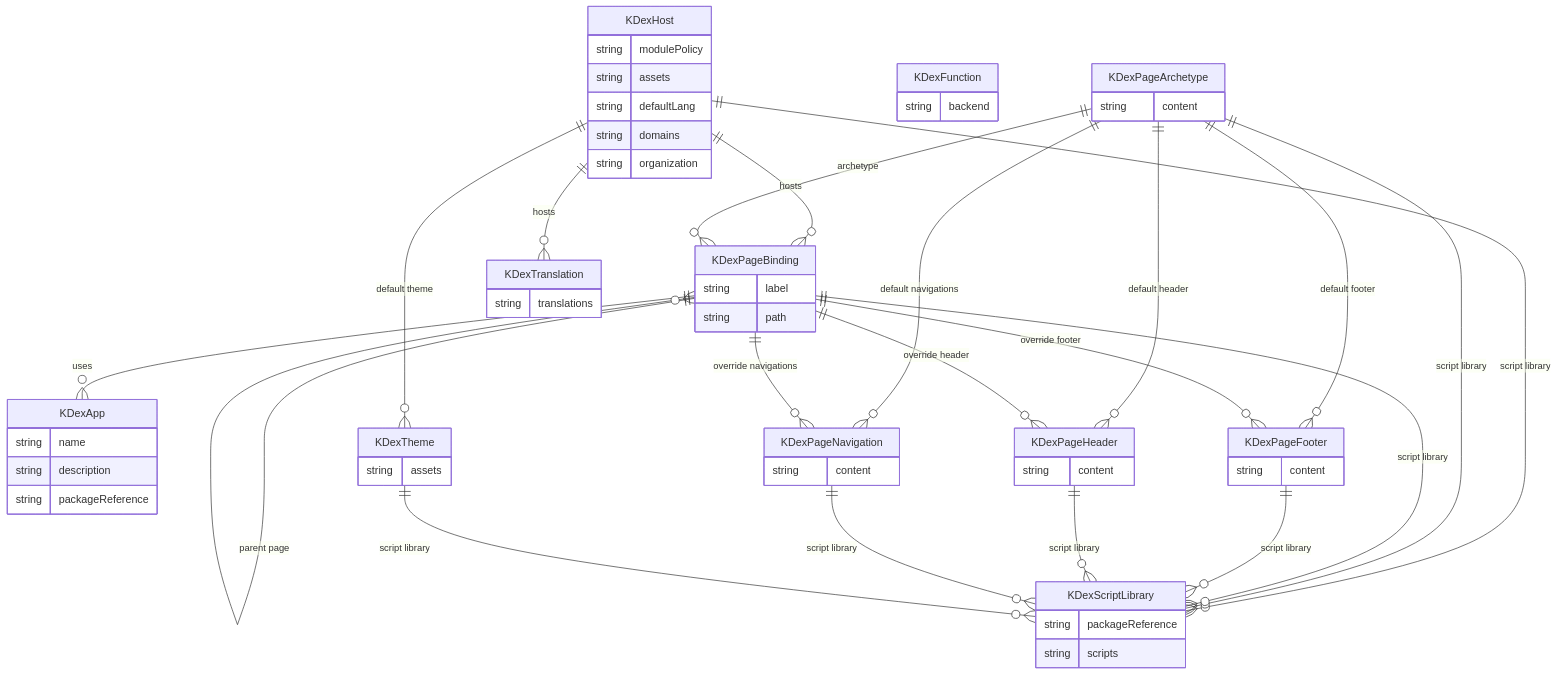
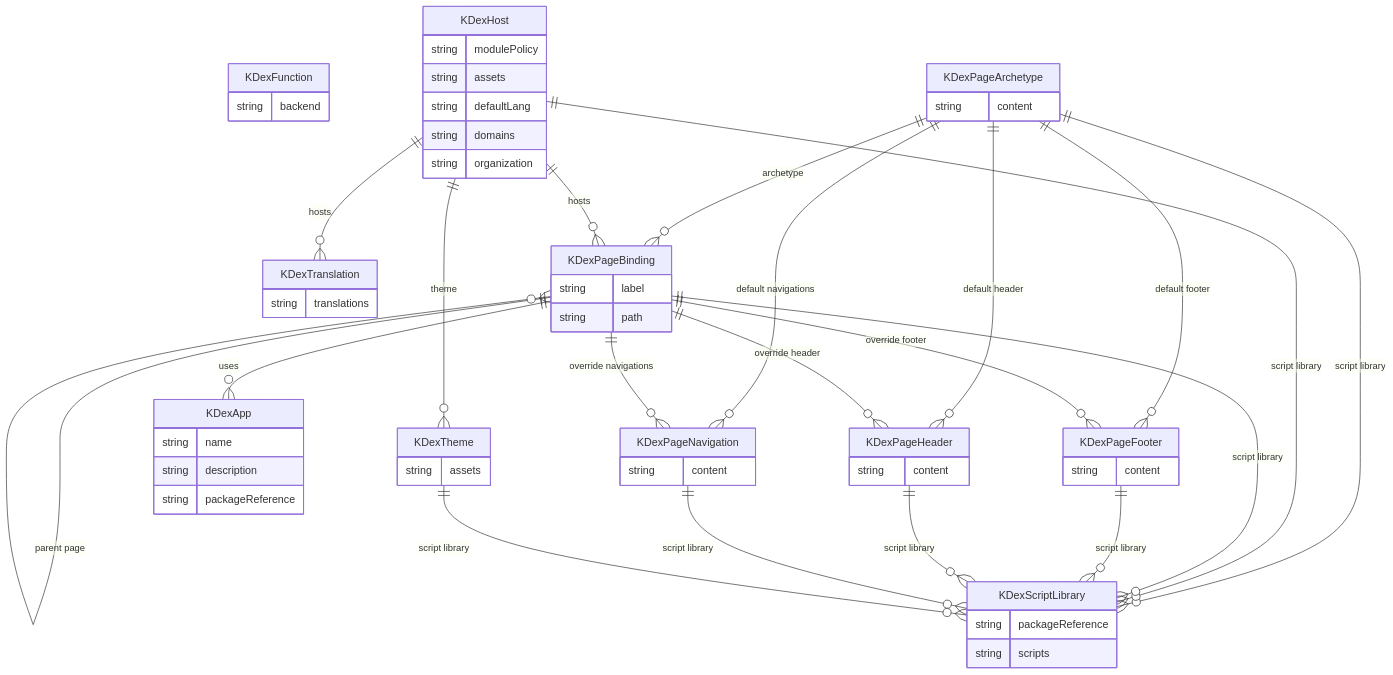
The diagram in CRD_RELATIONSHIPS.md (kdex-tech/kdex-crds), drawn with Mermaid before and after one commit.

Commit message:
reflow the diagram

````diff
--- a/CRD_RELATIONSHIPS.md
+++ b/CRD_RELATIONSHIPS.md
@@ -5,74 +5,82 @@
 ```mermaid
 erDiagram
-    KDexApp {
-        string name
-        string description
-        string packageReference
+    KDexFunction {
+        string backend
     }
 
-    KDexHost ||--o{ KDexPageBinding : "hosts"
-    KDexHost ||--o{ KDexScriptLibrary : "script library"
-    KDexHost ||--o{ KDexTheme : "default theme"
-    KDexHost ||--o{ KDexTranslation : "hosts"
+    KDexTranslation {
+        string translations
+    }
+
     KDexHost {
         string modulePolicy
         string assets
         string defaultLang
         string domains
         string organization
     }
 
-
-    KDexFunction {
-        string backend
-    }
-
-    KDexPageArchetype ||--o{ KDexPageBinding : "archetype"
-    KDexPageArchetype ||--o{ KDexPageFooter : "default footer"
-    KDexPageArchetype ||--o{ KDexPageHeader : "default header"
-    KDexPageArchetype ||--o{ KDexPageNavigation : "default navigations"
-    KDexPageArchetype ||--o{ KDexScriptLibrary : "script library"
     KDexPageArchetype {
         string content
     }
 
-    KDexPageBinding ||--o{ KDexApp : "uses"
-    KDexPageBinding ||--o{ KDexPageBinding : "parent page"
-    KDexPageBinding ||--o{ KDexPageFooter : "override footer"
-    KDexPageBinding ||--o{ KDexPageHeader : "override header"
-    KDexPageBinding ||--o{ KDexPageNavigation : "override navigations"
-    KDexPageBinding ||--o{ KDexScriptLibrary : "script library"
     KDexPageBinding {
         string label
         string path
     }
 
-    KDexPageFooter ||--o{ KDexScriptLibrary : "script library"
+    KDexTheme {
+        string assets
+    }
+
     KDexPageFooter {
         string content
     }
 
-    KDexPageHeader ||--o{ KDexScriptLibrary : "script library"
+    KDexApp {
+        string name
+        string description
+        string packageReference
+    }
+
     KDexPageHeader {
         string content
     }
 
-    KDexPageNavigation ||--o{ KDexScriptLibrary : "script library"
     KDexPageNavigation {
         string content
     }
 
     KDexScriptLibrary {
         string packageReference
         string scripts
     }
 
+    KDexPageArchetype ||--o{ KDexPageBinding : "archetype"
+    KDexPageArchetype ||--o{ KDexPageFooter : "default footer"
+    KDexPageArchetype ||--o{ KDexPageHeader : "default header"
+    KDexPageArchetype ||--o{ KDexPageNavigation : "default navigations"
+    KDexPageArchetype ||--o{ KDexScriptLibrary : "script library"
+
+    KDexHost ||--o{ KDexPageBinding : "hosts"
+    KDexHost ||--o{ KDexScriptLibrary : "script library"
+    KDexHost ||--o{ KDexTheme : "theme"
+    KDexHost ||--o{ KDexTranslation : "hosts"
+
+
+    KDexPageBinding ||--o{ KDexApp : "uses"
+    KDexPageBinding ||--o{ KDexPageBinding : "parent page"
+    KDexPageBinding ||--o{ KDexPageFooter : "override footer"
+    KDexPageBinding ||--o{ KDexPageHeader : "override header"
+    KDexPageBinding ||--o{ KDexPageNavigation : "override navigations"
+    KDexPageBinding ||--o{ KDexScriptLibrary : "script library"
+
+    KDexPageFooter ||--o{ KDexScriptLibrary : "script library"
+
+    KDexPageHeader ||--o{ KDexScriptLibrary : "script library"
+
+    KDexPageNavigation ||--o{ KDexScriptLibrary : "script library"
+
     KDexTheme ||--o{ KDexScriptLibrary : "script library"
-    KDexTheme {
-        string assets
-    }
 
-    KDexTranslation {
-        string translations
-    }
 ```
````
